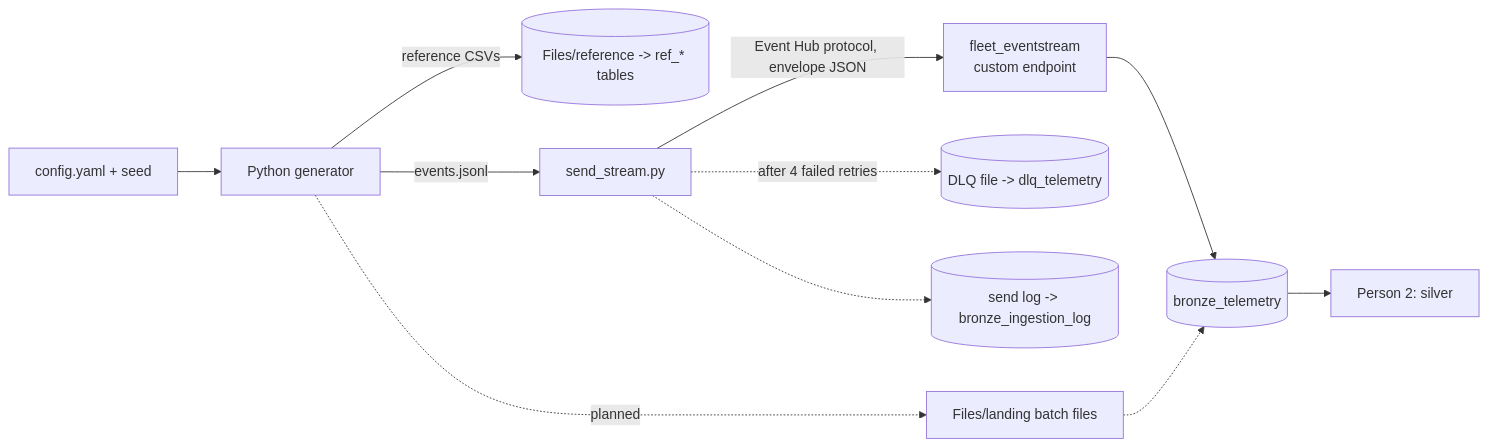
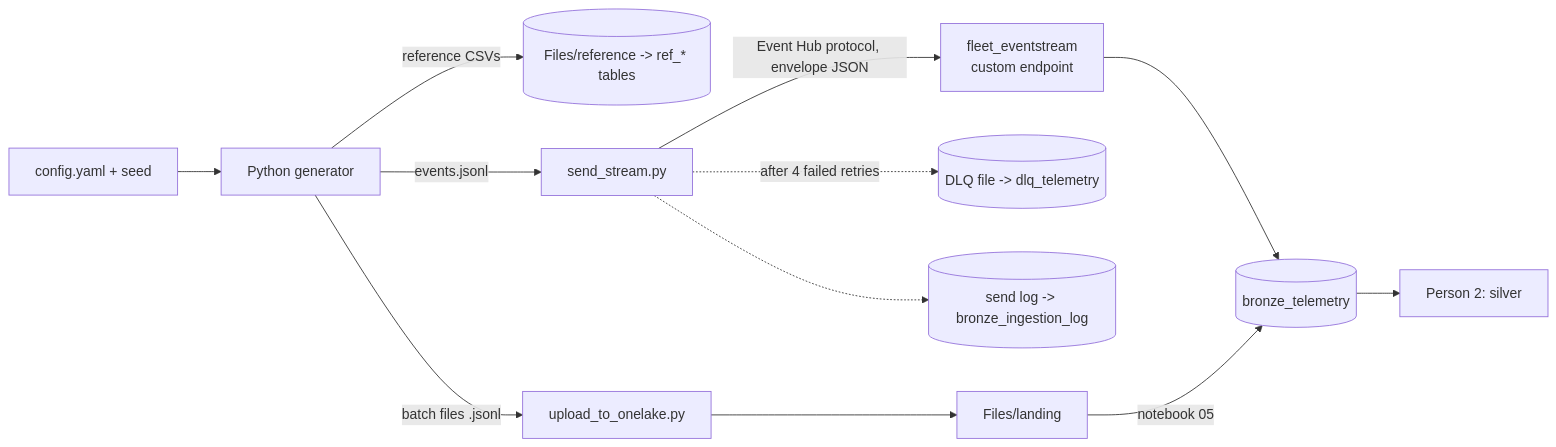
Before and after one commit to abdullah-fat7y/fleet-telematics-lakehouse: the diagram in docs/person1_generation_and_ingestion.md, drawn with Mermaid. The commit also changed other lines of this file and 15 other files, not shown here.

First line of the commit message:
Add batch landing path: files to Files/landing, loaded into bronze

````diff
--- a/docs/person1_generation_and_ingestion.md
+++ b/docs/person1_generation_and_ingestion.md
@@ -35,12 +35,12 @@
 ```mermaid
 flowchart LR
     C[config.yaml + seed] --> G[Python generator]
     G -->|reference CSVs| REF[(Files/reference -> ref_* tables)]
     G -->|events.jsonl| S[send_stream.py]
     S -->|Event Hub protocol, envelope JSON| ES[fleet_eventstream<br/>custom endpoint]
     ES --> B[(bronze_telemetry)]
     S -.->|after 4 failed retries| DLQ[(DLQ file -> dlq_telemetry)]
     S -.-> LOG[(send log -> bronze_ingestion_log)]
-    G -.->|planned| L[Files/landing batch files] -.-> B
+    G -->|batch files .jsonl| U[upload_to_onelake.py] --> L[Files/landing] -->|notebook 05| B
     B --> P2[Person 2: silver]
 ```
````
